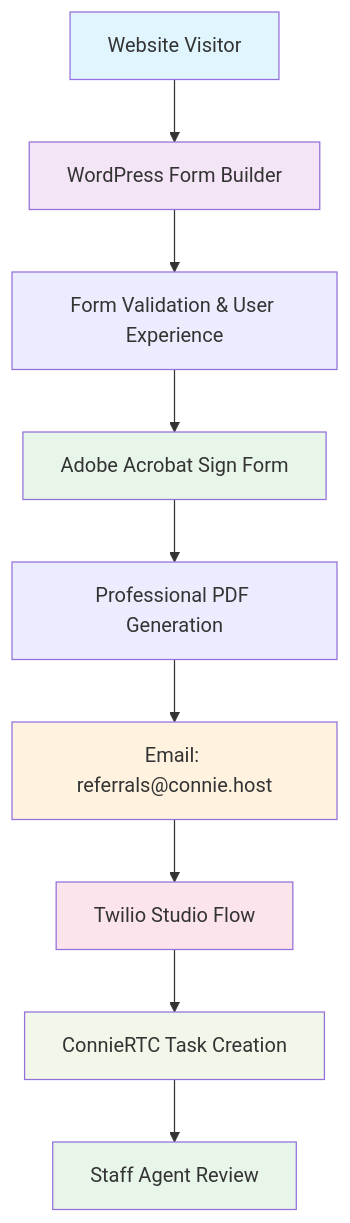
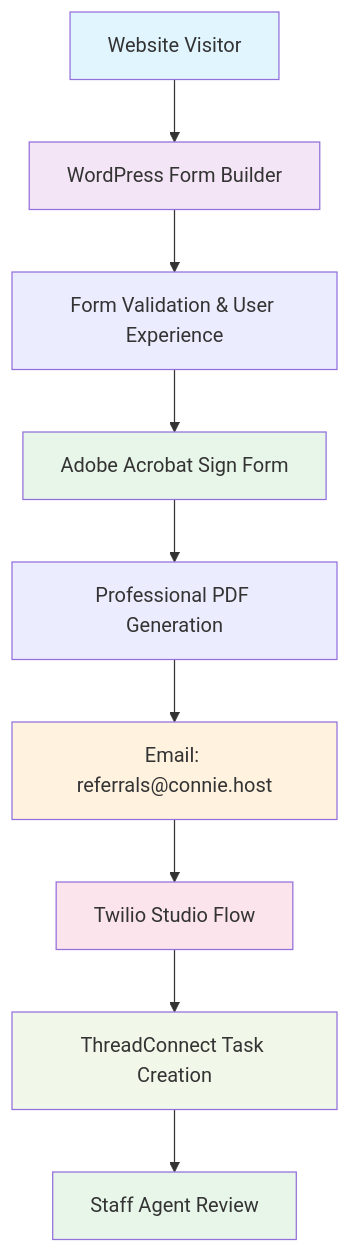
One commit to ConnieML/docs.connie changed the diagram in docs/end-users/administrators/channels/web/web-forms/adobe-acrobat-sign.md. Above: the diagram before and after it, drawn with Mermaid. The commit also changed other lines of this file and 129 other files, not shown here.

First line of the commit message:
Rebrand ConnieRTC -> ThreadConnect across docs (CEO approval 2026-10-30, round 2)

````diff
--- a/docs/end-users/administrators/channels/web/web-forms/adobe-acrobat-sign.md
+++ b/docs/end-users/administrators/channels/web/web-forms/adobe-acrobat-sign.md
@@ -19,19 +19,19 @@
 ```mermaid
 flowchart TB
     A[Website Visitor] --> B[WordPress Form Builder]
     B --> C[Form Validation & User Experience]
     C --> D[Adobe Acrobat Sign Form]
     D --> E[Professional PDF Generation]
     E --> F[Email: referrals@connie.host]
     F --> G[Twilio Studio Flow]
-    G --> H[ConnieRTC Task Creation]
+    G --> H[ThreadConnect Task Creation]
     H --> I[Staff Agent Review]
     
     style A fill:#e1f5fe
     style B fill:#f3e5f5
     style D fill:#e8f5e9
     style F fill:#fff3e0
     style G fill:#fce4ec
     style H fill:#f1f8e9
     style I fill:#e8f5e9
 ```
````
